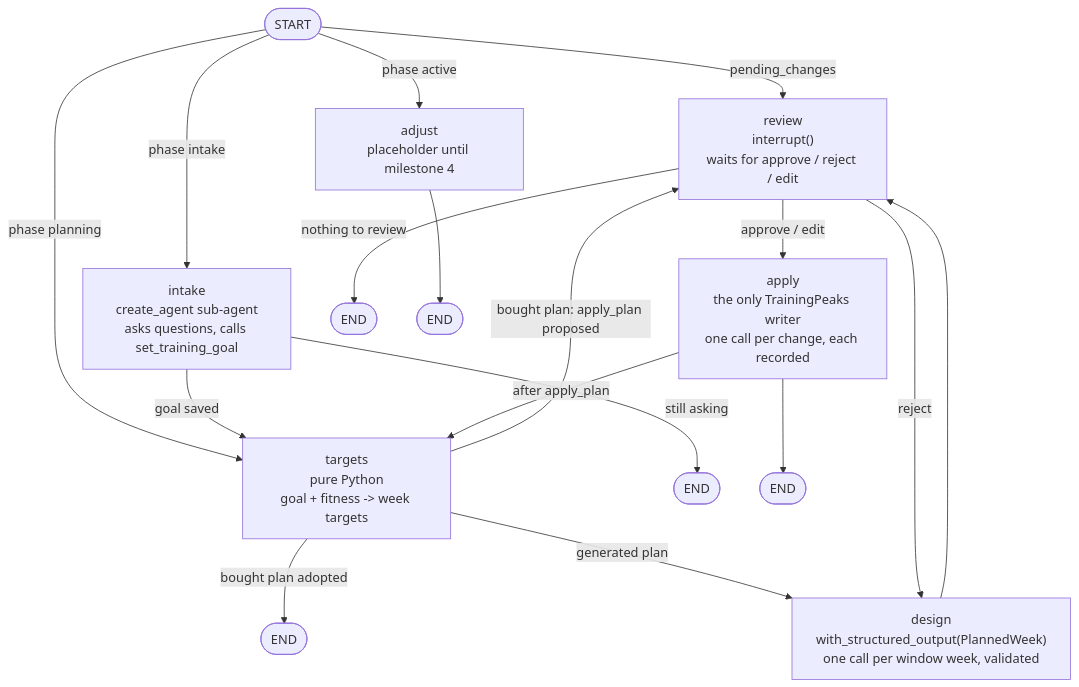
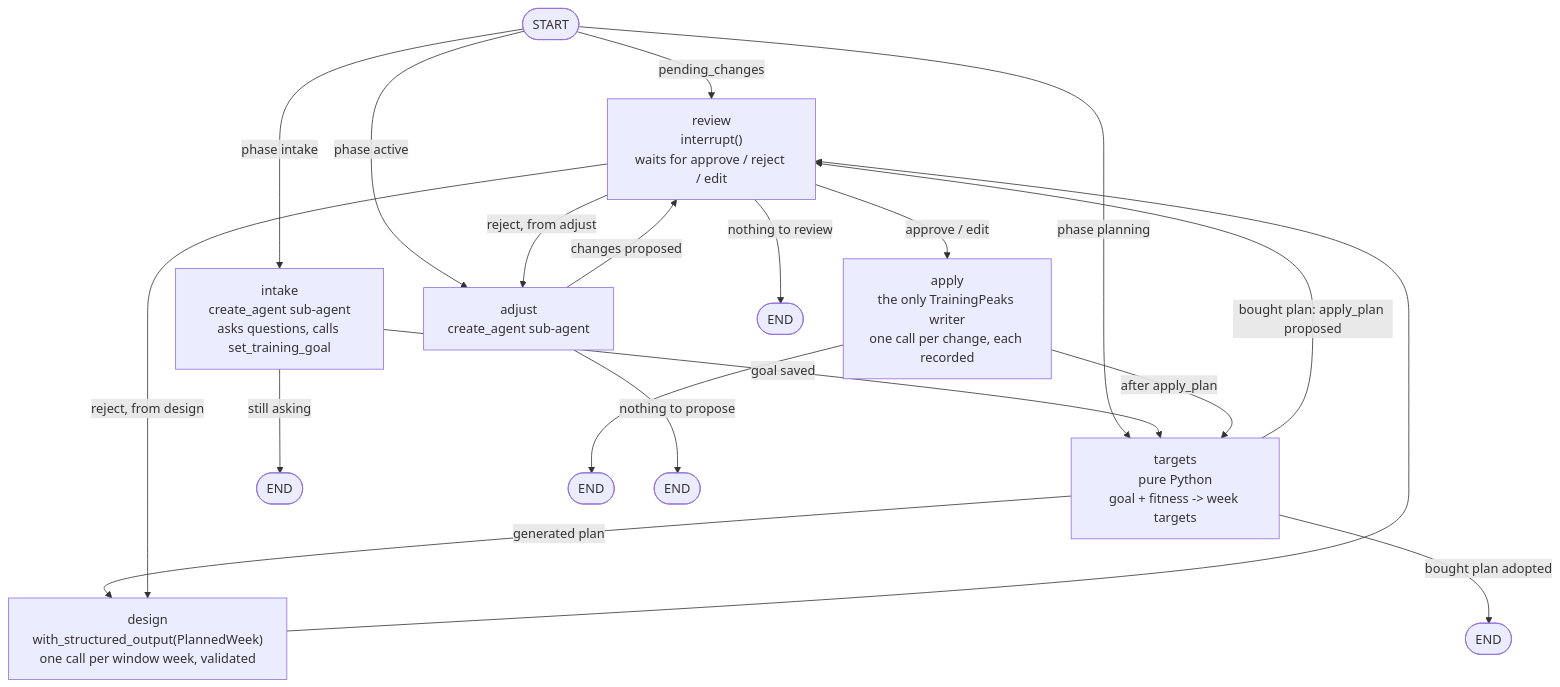
One commit to paradigmbrian/triathlon-agent changed the diagram in packages/tri-planning/README.md. Above: the diagram before and after it, drawn with Mermaid. The commit also changed other lines of this file and 1 other file, not shown here.

Commit message:
fix(planning): README graph section describes adjust; live test cleans up without an id
Claude-Session: https://claude.ai/code/session_01K4wzaHx4Q7k78yPmpJf5WN

````diff
--- a/packages/tri-planning/README.md
+++ b/packages/tri-planning/README.md
@@ -16,27 +16,29 @@
 ```mermaid
 flowchart TD
     START([START]) -->|pending_changes| review
     START -->|phase intake| intake
     START -->|phase planning| targets
     START -->|phase active| adjust
 
     intake["intake\ncreate_agent sub-agent\nasks questions, calls set_training_goal"]
     targets["targets\npure Python\ngoal + fitness -> week targets"]
     design["design\nwith_structured_output(PlannedWeek)\none call per window week, validated"]
     review["review\ninterrupt()\nwaits for approve / reject / edit"]
     apply["apply\nthe only TrainingPeaks writer\none call per change, each recorded"]
-    adjust["adjust\nplaceholder until milestone 4"]
+    adjust["adjust\ncreate_agent sub-agent"]
 
     intake -->|goal saved| targets
     intake -->|still asking| END1([END])
     targets -->|bought plan: apply_plan proposed| review
     targets -->|generated plan| design
     targets -->|bought plan adopted| END2([END])
     design --> review
     review -->|approve / edit| apply
-    review -->|reject| design
+    review -->|reject, from design| design
+    review -->|reject, from adjust| adjust
     review -->|nothing to review| END3([END])
     apply -->|after apply_plan| targets
     apply --> END4([END])
-    adjust --> END5([END])
+    adjust -->|changes proposed| review
+    adjust -->|nothing to propose| END5([END])
 ```
````
